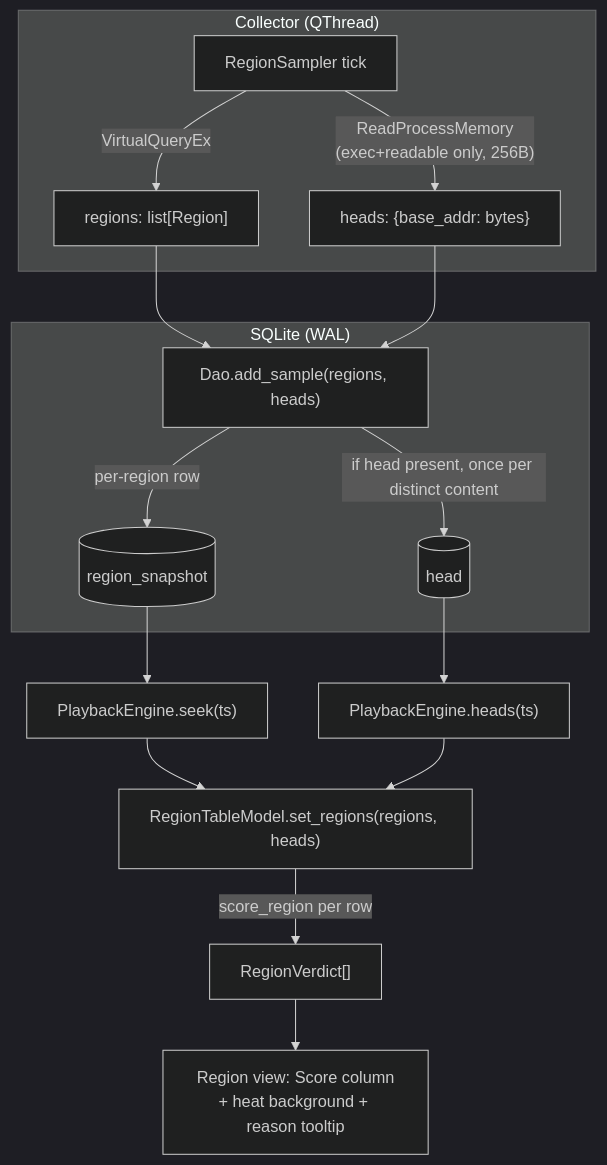
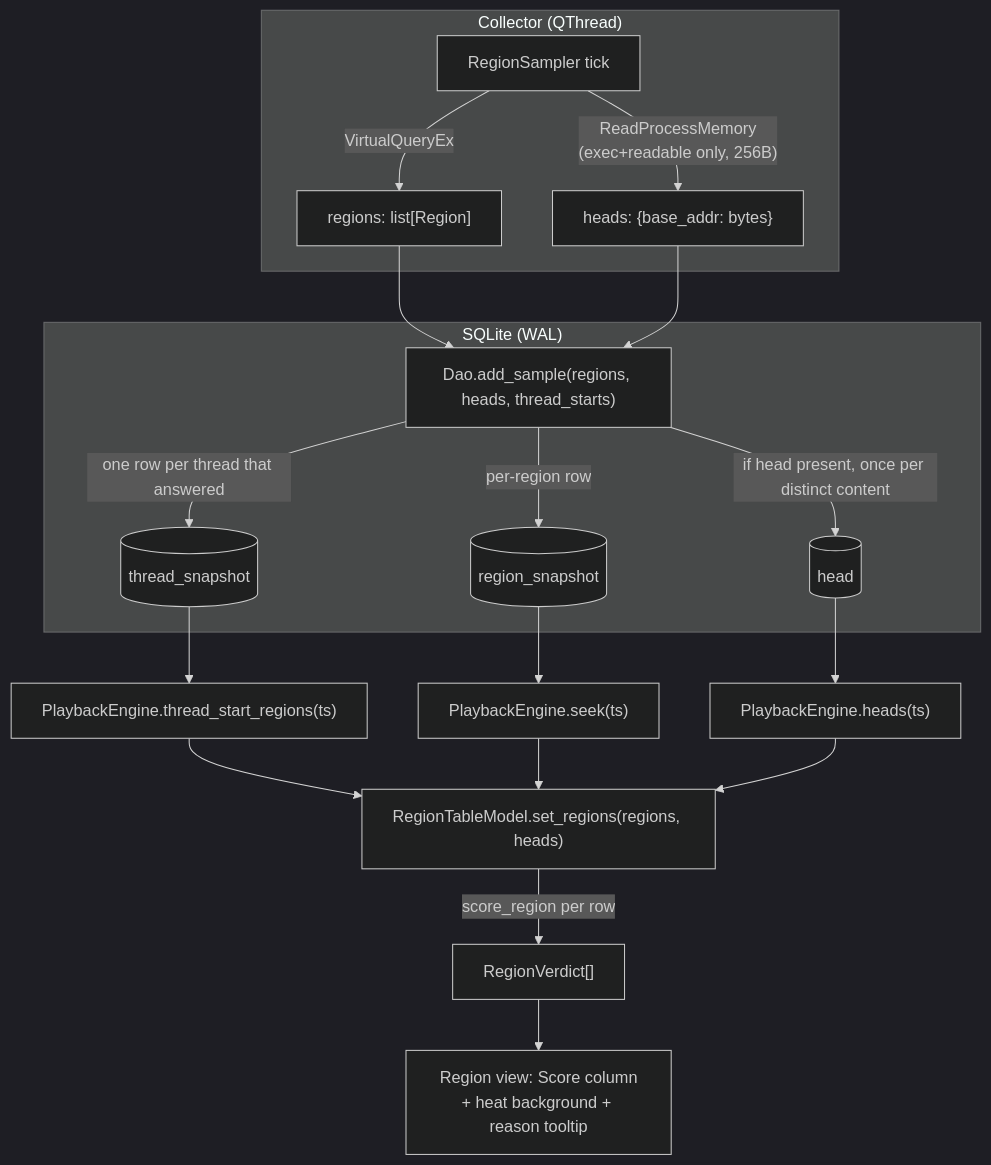
One commit to mjaksn/Memlapse changed the second of 2 diagrams in docs/ARCHITECTURE.md. Above: the diagram before and after it, drawn with Mermaid (dark theme). The commit also changed other lines of this file and 20 other files, not shown here.

Commit message:
Score regions that a thread starts in outside any image

````diff
--- a/docs/ARCHITECTURE.md
+++ b/docs/ARCHITECTURE.md
@@ -397,19 +399,22 @@
 ```mermaid
 flowchart TD
     subgraph collect["Collector (QThread)"]
         A["RegionSampler tick"] -->|VirtualQueryEx| B["regions: list[Region]"]
         A -->|"ReadProcessMemory<br/>(exec+readable only, 256B)"| C["heads: {base_addr: bytes}"]
     end
-    B --> D["Dao.add_sample(regions, heads)"]
+    B --> D["Dao.add_sample(regions, heads, thread_starts)"]
     C --> D
     subgraph store["SQLite (WAL)"]
         D -->|per-region row| E[(region_snapshot)]
         D -->|"if head present, once per distinct content"| F[(head)]
+        D -->|"one row per thread that answered"| T[(thread_snapshot)]
     end
     E --> G["PlaybackEngine.seek(ts)"]
+    T --> TS["PlaybackEngine.thread_start_regions(ts)"]
+    TS --> I
     F --> H["PlaybackEngine.heads(ts)"]
     G --> I["RegionTableModel.set_regions(regions, heads)"]
     H --> I
     I -->|"score_region per row"| J["RegionVerdict[]"]
     J --> K["Region view: Score column<br/>+ heat background + reason tooltip"]
 ```
````
